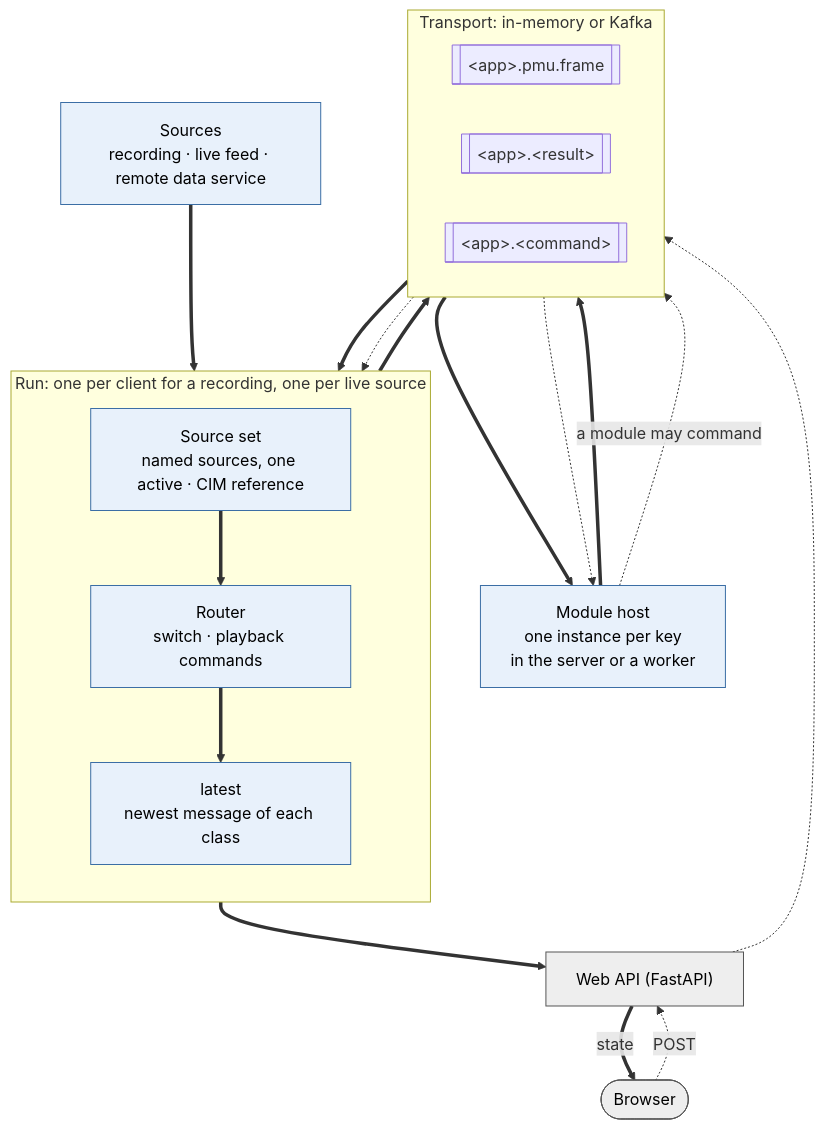
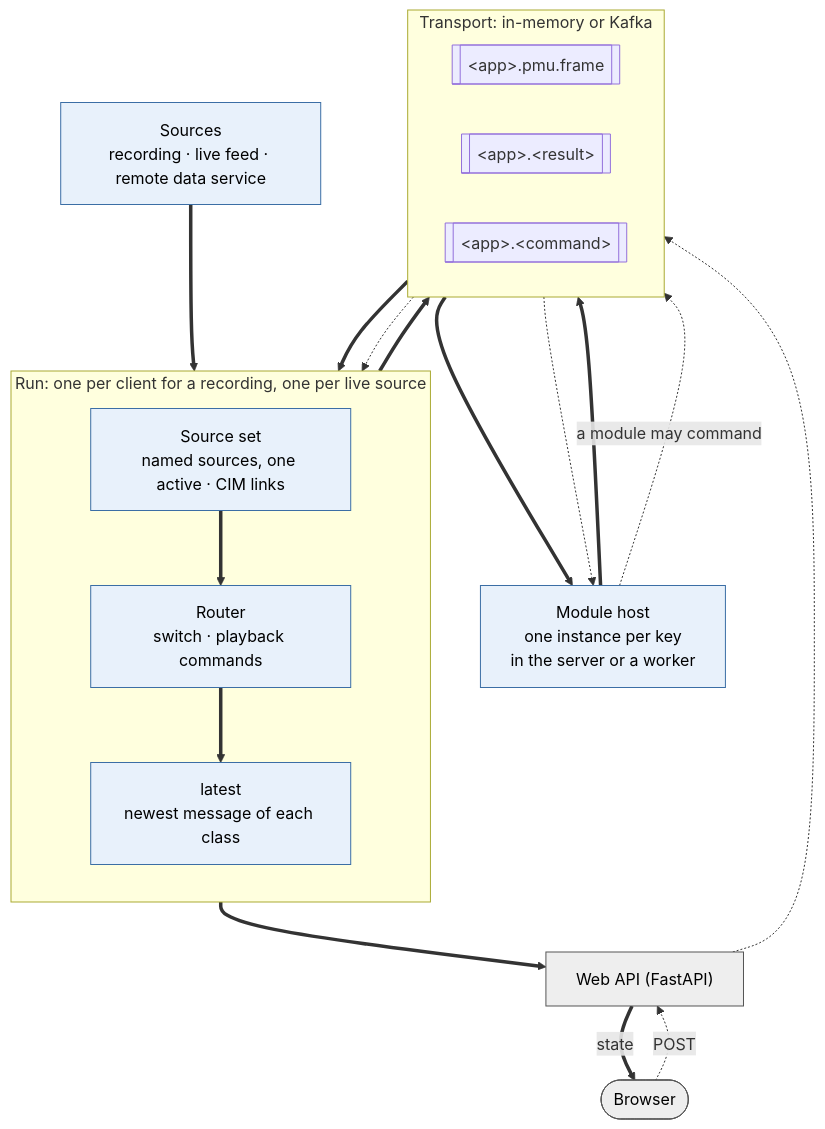
One commit to adriantaga/p-SWAMP changed the diagram in doc/server-data-architecture.md. Above: the diagram before and after it, drawn with Mermaid. The commit also changed other lines of this file and 32 other files, not shown here.

First line of the commit message:
feat(core): the CIM graph every module can read, and frames that point into it

````diff
--- a/doc/server-data-architecture.md
+++ b/doc/server-data-architecture.md
@@ -80,30 +80,30 @@
 ```mermaid
 flowchart TB
     classDef data fill:#e8f1fb,stroke:#3b6ea5,color:#000
     classDef web fill:#eeeeee,stroke:#555,color:#000
 
     sources["Sources<br/>recording · live feed · remote data service"]:::data
     subgraph run["Run: one per client for a recording, one per live source"]
         direction TB
-        gw["Source set<br/>named sources, one active · CIM reference"]:::data
+        gw["Source set<br/>named sources, one active · CIM links"]:::data
         player["Router<br/>switch · playback commands"]:::data
         latest["latest<br/>newest message of each class"]:::data
     end
     subgraph transport["Transport: in-memory or Kafka"]
         direction LR
         frames[["&lt;app&gt;.pmu.frame"]]
         results[["&lt;app&gt;.&lt;result&gt;"]]
         commands[["&lt;app&gt;.&lt;command&gt;"]]
     end
     host["Module host<br/>one instance per key<br/>in the server or a worker"]:::data
     api["Web API (FastAPI)"]:::web
     browser(["Browser"]):::web
 
     sources ==> gw ==> player ==> frames ==> host ==> results ==> latest
     player ==> latest ==> api ==>|"state"| browser
 
     browser -.->|"POST"| api -.-> commands
     host -.->|"a module may command"| commands
     commands -.-> player
     commands -.-> host
 ```
````
